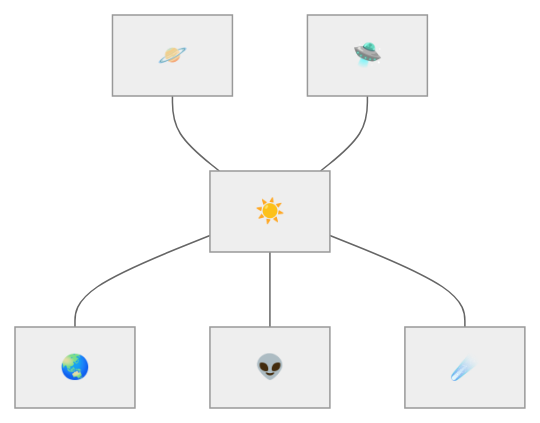
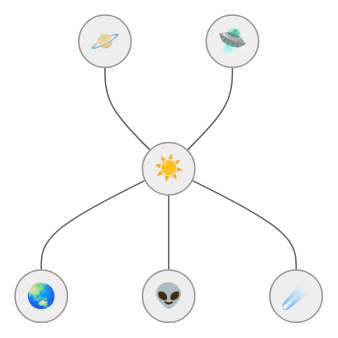
Before and after one commit to RhizomeDB/spec: the third of 7 diagrams in README.md, drawn with Mermaid (neutral theme). The commit also changed other lines of this file, not shown here.

````diff
--- a/README.md
+++ b/README.md
@@ -440,16 +440,16 @@
 ``` mermaid
 flowchart BT
-    sun["☀️"]
+    sun(("☀️"))
 
-    earth["🌏"]
-    saturn["🪐"]
-    alien["👽"]
-    uap["🛸"]
-    meteor["☄️"]
+    earth(("🌏"))
+    saturn(("🪐"))
+    alien(("👽"))
+    uap(("🛸"))
+    meteor(("☄️"))
 
     earth --- sun
     sun --- saturn
     alien --- sun
     sun --- uap
     meteor --- sun
 ```
````
